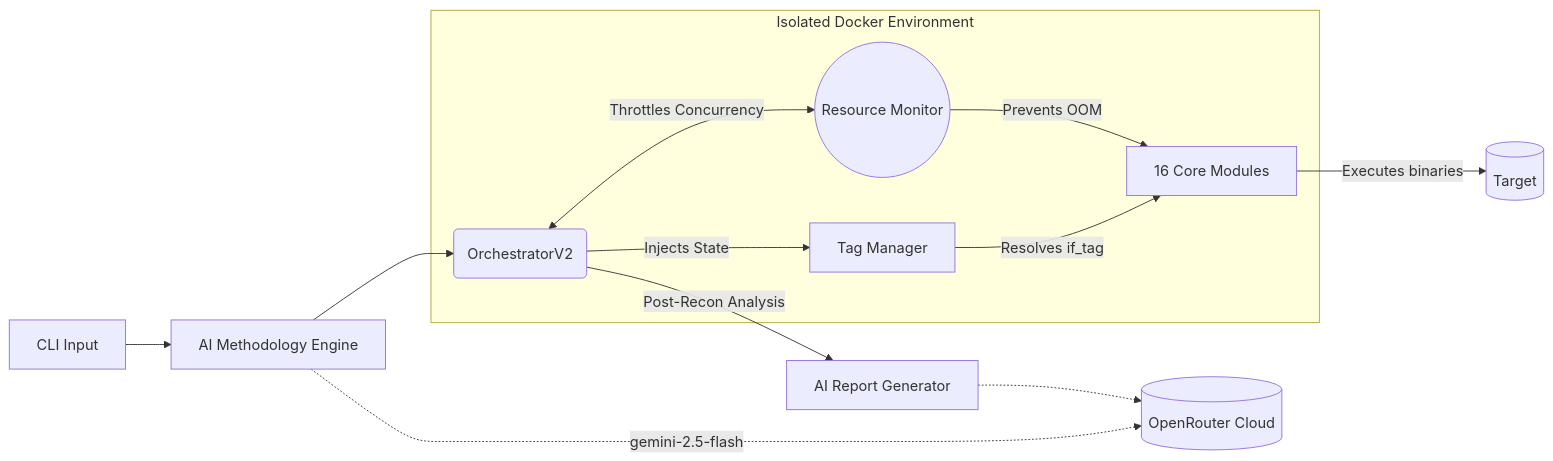
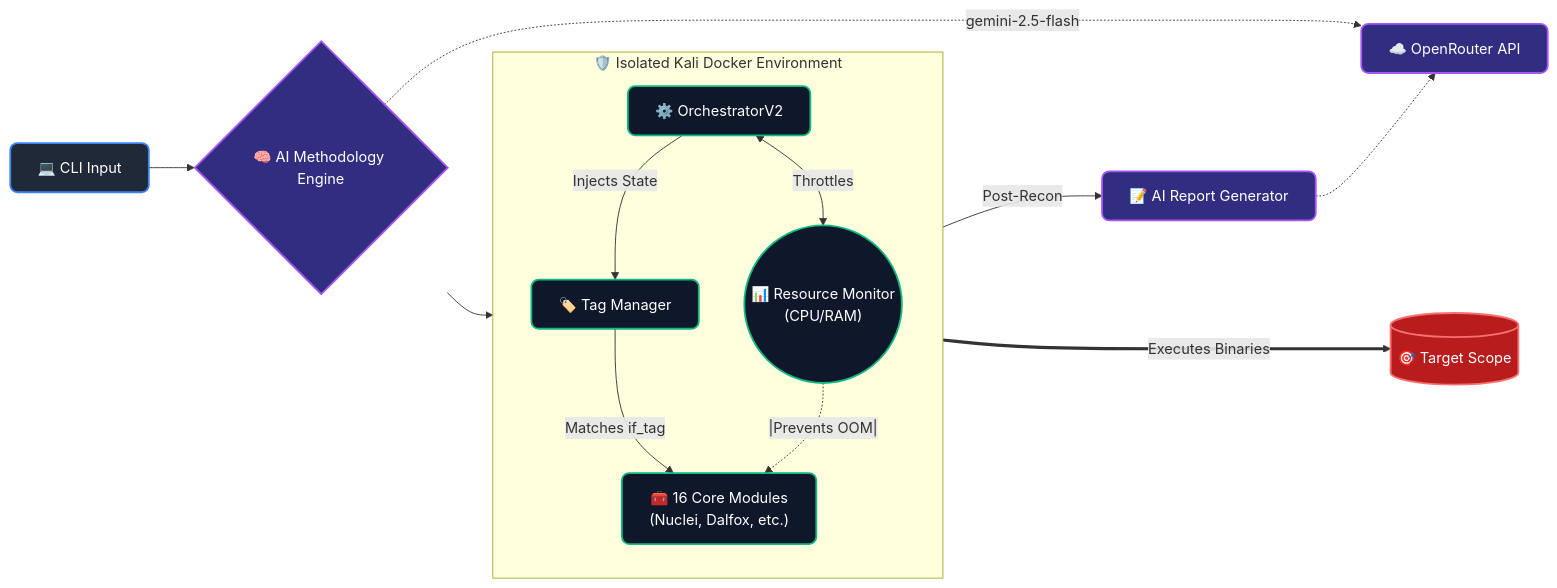
One commit to HuntForgeHQ/huntforge changed the first of 2 diagrams in README.md. Above: the diagram before and after it, drawn with Mermaid. The commit also changed other lines of this file, not shown here.

Commit message:
Docs: Enhance Mermaid architecture diagrams with modern styling

````diff
--- a/README.md
+++ b/README.md
@@ -37,17 +37,25 @@
 ```mermaid
 flowchart LR
-    A[CLI Input] --> B[AI Methodology Engine]
-    B --> C(OrchestratorV2)
-    
-    subgraph Isolated Docker Environment
-    C <--> |Throttles Concurrency| D((Resource Monitor))
-    C --> |Injects State| E[Tag Manager]
-    E --> |Resolves if_tag| F[16 Core Modules]
+    %% Theming
+    classDef control fill:#1f2937,stroke:#3b82f6,stroke-width:2px,color:#fff,rx:8,ry:8
+    classDef ai fill:#312e81,stroke:#a855f7,stroke-width:2px,color:#fff,rx:8,ry:8
+    classDef system fill:#0f172a,stroke:#10b981,stroke-width:2px,color:#fff,rx:8,ry:8
+    classDef external fill:#b91c1c,stroke:#f87171,stroke-width:2px,color:#fff,rx:15,ry:15
+
+    %% Nodes
+    A["💻 CLI Input"]:::control --> B{"🧠 AI Methodology Engine"}:::ai
+    B --> C["⚙️ OrchestratorV2"]:::system
+    B -. "gemini-2.5-flash" .-> OR["☁️ OpenRouter API"]:::ai
+    C -->|Post-Recon| Rep["📝 AI Report Generator"]:::ai
+    Rep -.-> OR
+
+    subgraph DOCKER ["🛡️ Isolated Kali Docker Environment"]
+        direction TB
+        C <--> |Throttles| RM(("📊 Resource Monitor\n(CPU/RAM)")):::system
+        C --> |Injects State| TM["🏷️ Tag Manager"]:::system
+        TM --> |Matches if_tag| Mod["🧰 16 Core Modules\n(Nuclei, Dalfox, etc.)"]:::system
+        RM -. |Prevents OOM| .-> Mod
     end
-    
-    F --> |Executes binaries| Z[(Target)]
-    D --> |Prevents OOM| F
-    B -.-> |gemini-2.5-flash| G[(OpenRouter Cloud)]
-    C --> |Post-Recon Analysis| H[AI Report Generator]
-    H -.-> G
+
+    Mod ===>|Executes Binaries| Target[("🎯 Target Scope")]:::external
 ```
````
